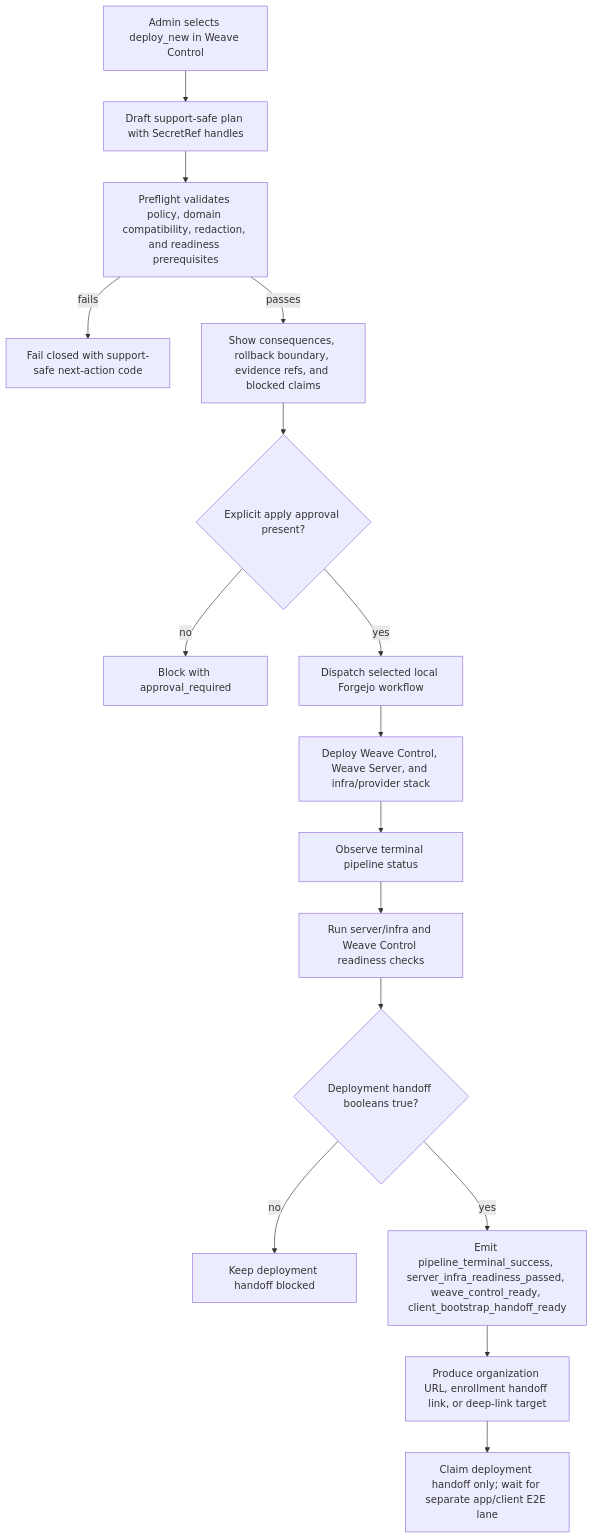
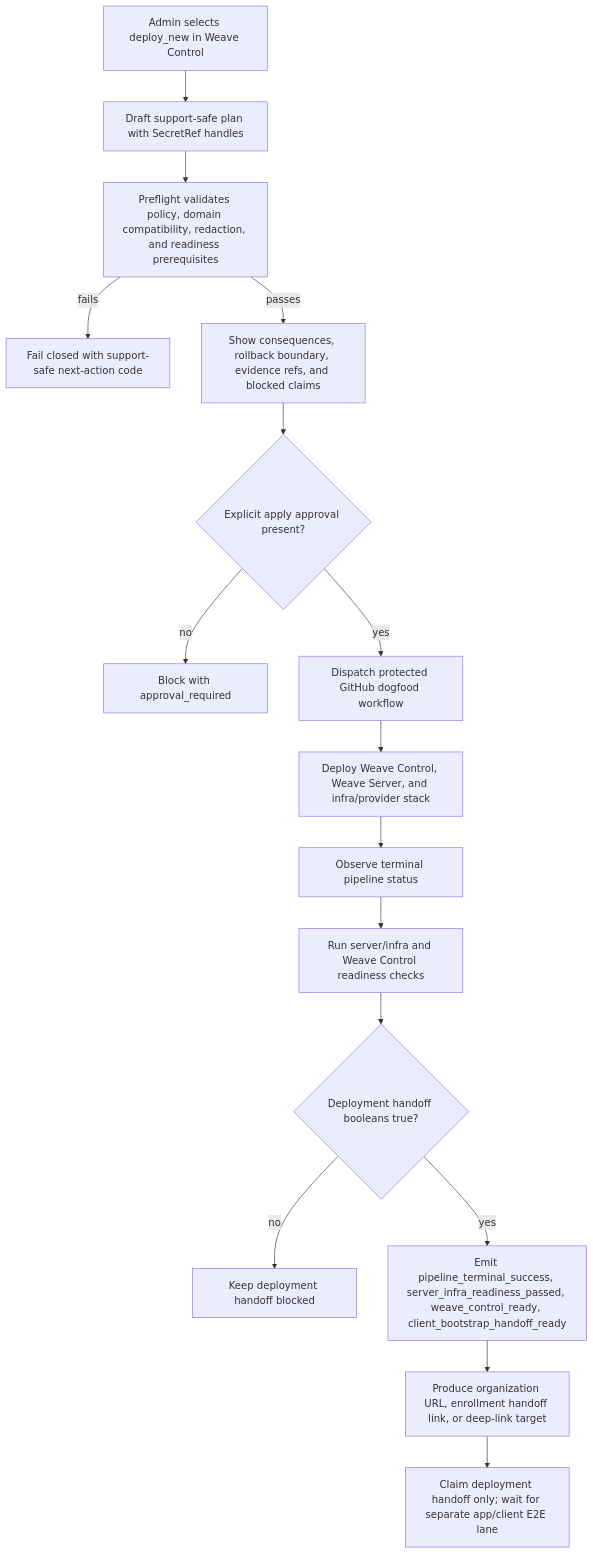
Before and after one commit to masssi164/weave: the first of 2 diagrams in docs/weave-control-bootstrap-to-client-contract.md, drawn with Mermaid. The commit also changed other lines of this file and 90 other files, not shown here.

````diff
--- a/docs/weave-control-bootstrap-to-client-contract.md
+++ b/docs/weave-control-bootstrap-to-client-contract.md
@@ -33,18 +33,18 @@
 ```mermaid
 flowchart TD
   A[Admin selects deploy_new in Weave Control] --> B[Draft support-safe plan with SecretRef handles]
   B --> C[Preflight validates policy, domain compatibility, redaction, and readiness prerequisites]
   C -->|fails| X[Fail closed with support-safe next-action code]
   C -->|passes| D[Show consequences, rollback boundary, evidence refs, and blocked claims]
   D --> E{Explicit apply approval present?}
   E -->|no| Y[Block with approval_required]
-  E -->|yes| F[Dispatch selected local Forgejo workflow]
+  E -->|yes| F[Dispatch protected GitHub dogfood workflow]
   F --> G[Deploy Weave Control, Weave Server, and infra/provider stack]
   G --> H[Observe terminal pipeline status]
   H --> I[Run server/infra and Weave Control readiness checks]
   I --> J{Deployment handoff booleans true?}
   J -->|no| Z[Keep deployment handoff blocked]
   J -->|yes| K[Emit pipeline_terminal_success, server_infra_readiness_passed, weave_control_ready, client_bootstrap_handoff_ready]
   K --> L[Produce organization URL, enrollment handoff link, or deep-link target]
   L --> M[Claim deployment handoff only; wait for separate app/client E2E lane]
 ```
````
